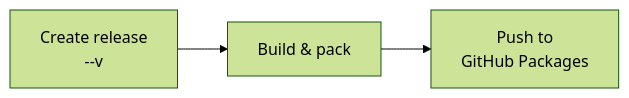
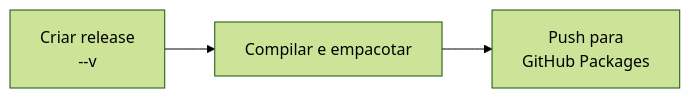
Before and after one commit to nfe/.github: the first of 3 diagrams in docs/production-repo-conventions.md, drawn with Mermaid (forest theme). The commit also changed other lines of this file, not shown here.

Commit message:
docs: traduz convenções para PT-BR

````diff
--- a/docs/production-repo-conventions.md
+++ b/docs/production-repo-conventions.md
@@ -140,5 +140,5 @@
 ```mermaid
 flowchart LR
-  A[Create release<br/><product>-<type>-v<semver>] --> B[Build & pack]
-  B --> C[Push to<br/>GitHub Packages]
+  A[Criar release<br/><produto>-<tipo>-v<semver>] --> B[Compilar e empacotar]
+  B --> C[Push para<br/>GitHub Packages]
 ```
````
